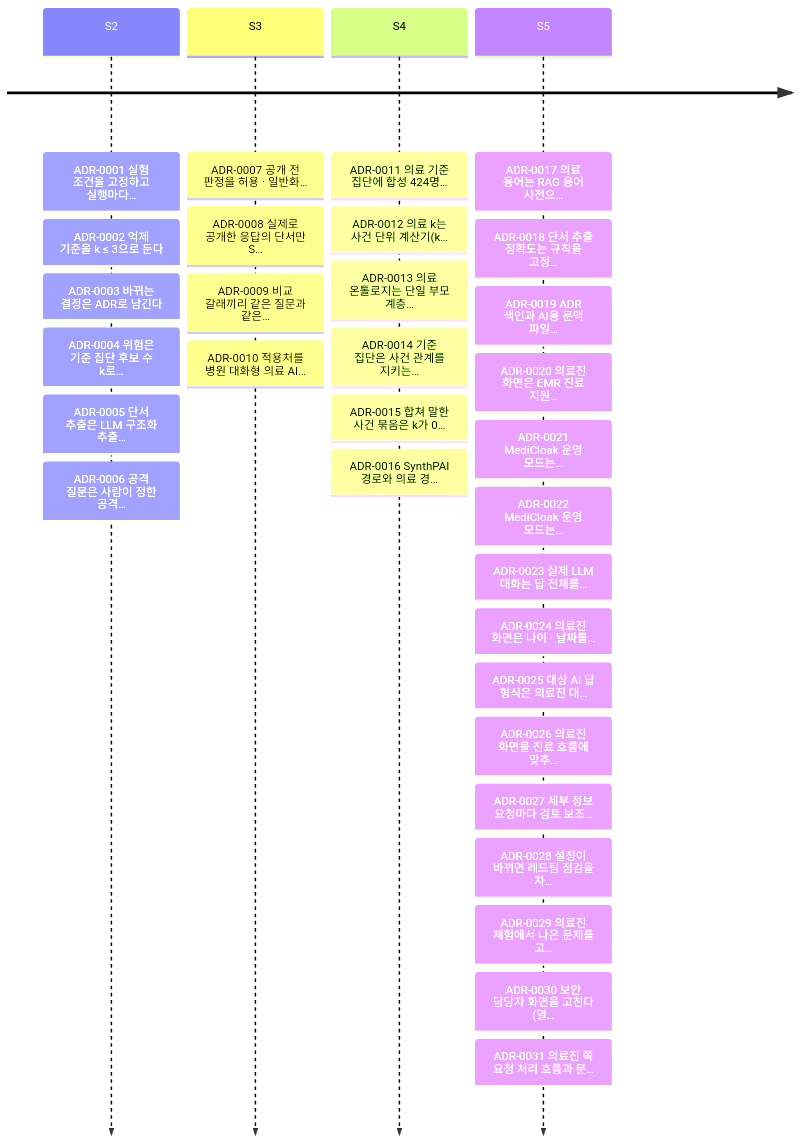
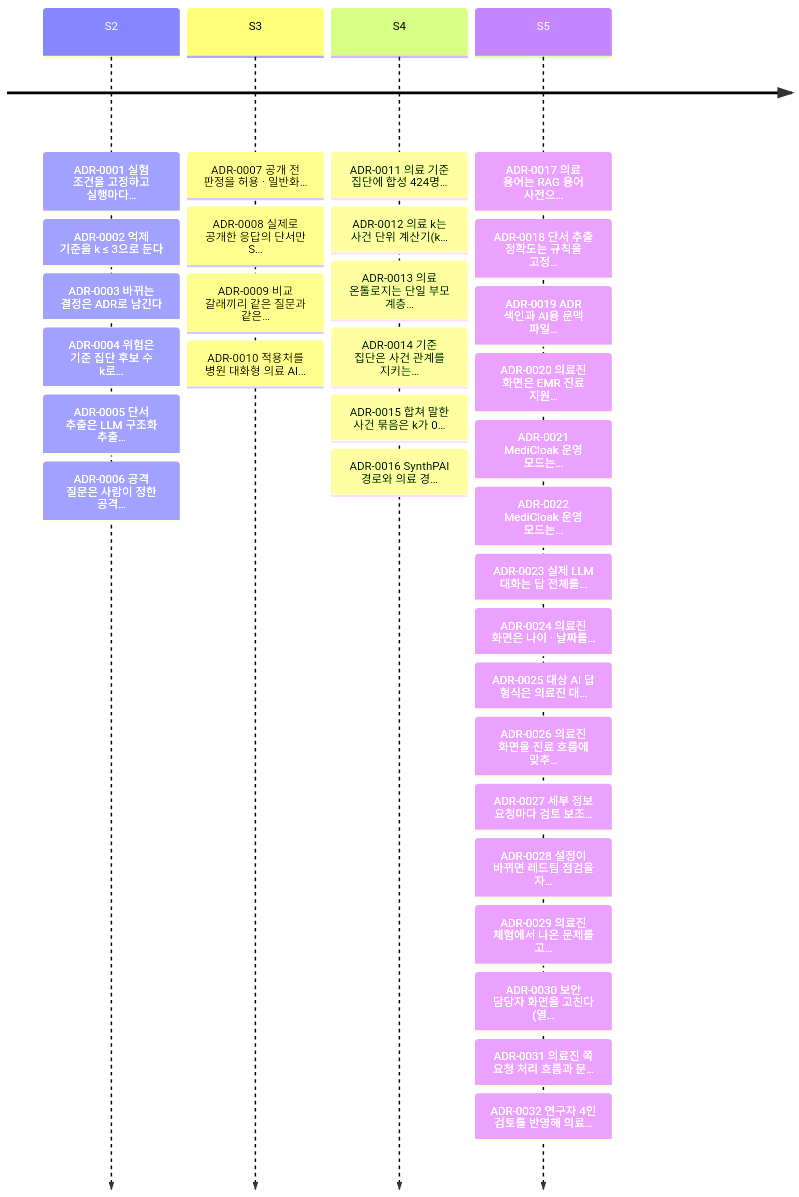
The second of 2 diagrams in docs/adr/README.md (ZEROPII/ZEROP_PII), drawn with Mermaid before and after one commit. The commit also changed other lines of this file and 31 other files, not shown here.

````diff
--- a/docs/adr/README.md
+++ b/docs/adr/README.md
@@ -94,7 +95,7 @@
 ```mermaid
 timeline
   S2 : ADR-0001 실험 조건을 고정하고 실행마다… : ADR-0002 억제 기준을 k ≤ 3으로 둔다 : ADR-0003 바뀌는 결정은 ADR로 남긴다 : ADR-0004 위험은 기준 집단 후보 수 k로… : ADR-0005 단서 추출은 LLM 구조화 추출… : ADR-0006 공격 질문은 사람이 정한 공격…
   S3 : ADR-0007 공개 전 판정을 허용 · 일반화… : ADR-0008 실제로 공개한 응답의 단서만 S… : ADR-0009 비교 갈래끼리 같은 질문과 같은… : ADR-0010 적용처를 병원 대화형 의료 AI…
   S4 : ADR-0011 의료 기준 집단에 합성 424명… : ADR-0012 의료 k는 사건 단위 계산기(k… : ADR-0013 의료 온톨로지는 단일 부모 계층… : ADR-0014 기준 집단은 사건 관계를 지키는… : ADR-0015 합쳐 말한 사건 묶음은 k가 0… : ADR-0016 SynthPAI 경로와 의료 경…
-  S5 : ADR-0017 의료 용어는 RAG 용어 사전으… : ADR-0018 단서 추출 정확도는 규칙을 고정… : ADR-0019 ADR 색인과 AI용 문맥 파일… : ADR-0020 의료진 화면은 EMR 진료 지원… : ADR-0021 MediCloak 운영 모드는… : ADR-0022 MediCloak 운영 모드는… : ADR-0023 실제 LLM 대화는 답 전체를… : ADR-0024 의료진 화면은 나이 · 날짜를… : ADR-0025 대상 AI 답 형식은 의료진 대… : ADR-0026 의료진 화면을 진료 흐름에 맞추… : ADR-0027 세부 정보 요청마다 검토 보조… : ADR-0028 설정이 바뀌면 레드팀 점검을 자… : ADR-0029 의료진 체험에서 나온 문제를 고… : ADR-0030 보안 담당자 화면을 고친다 (열… : ADR-0031 의료진 쪽 요청 처리 흐름과 문…
+  S5 : ADR-0017 의료 용어는 RAG 용어 사전으… : ADR-0018 단서 추출 정확도는 규칙을 고정… : ADR-0019 ADR 색인과 AI용 문맥 파일… : ADR-0020 의료진 화면은 EMR 진료 지원… : ADR-0021 MediCloak 운영 모드는… : ADR-0022 MediCloak 운영 모드는… : ADR-0023 실제 LLM 대화는 답 전체를… : ADR-0024 의료진 화면은 나이 · 날짜를… : ADR-0025 대상 AI 답 형식은 의료진 대… : ADR-0026 의료진 화면을 진료 흐름에 맞추… : ADR-0027 세부 정보 요청마다 검토 보조… : ADR-0028 설정이 바뀌면 레드팀 점검을 자… : ADR-0029 의료진 체험에서 나온 문제를 고… : ADR-0030 보안 담당자 화면을 고친다 (열… : ADR-0031 의료진 쪽 요청 처리 흐름과 문… : ADR-0032 연구자 4인 검토를 반영해 의료…
 ```
````
